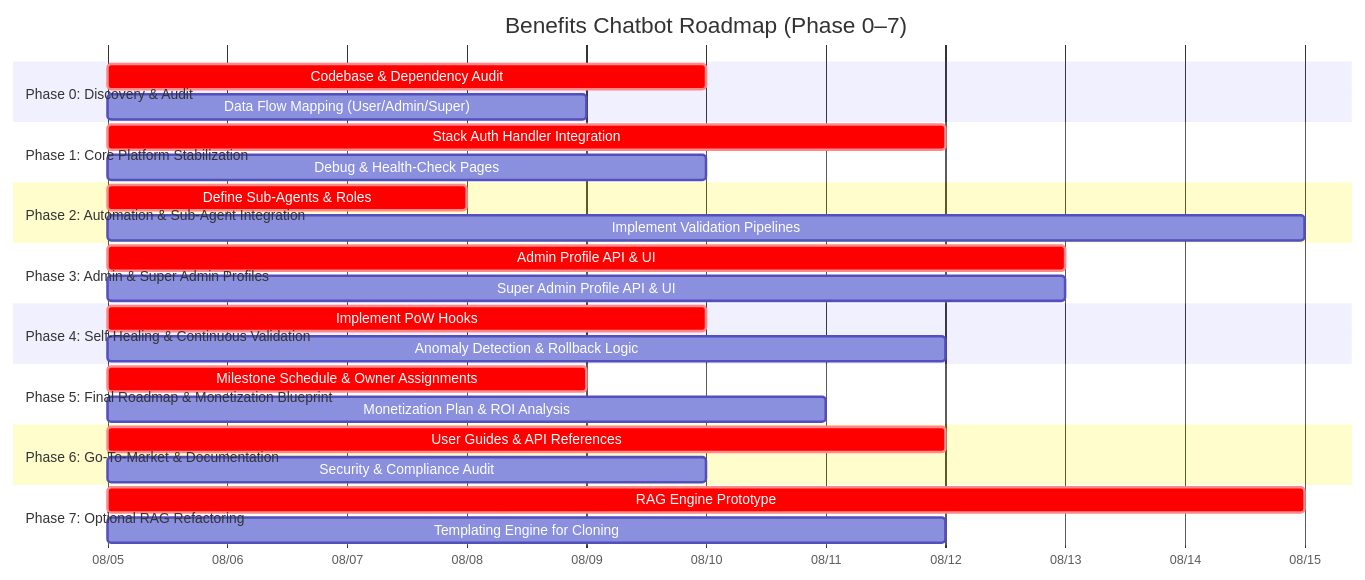
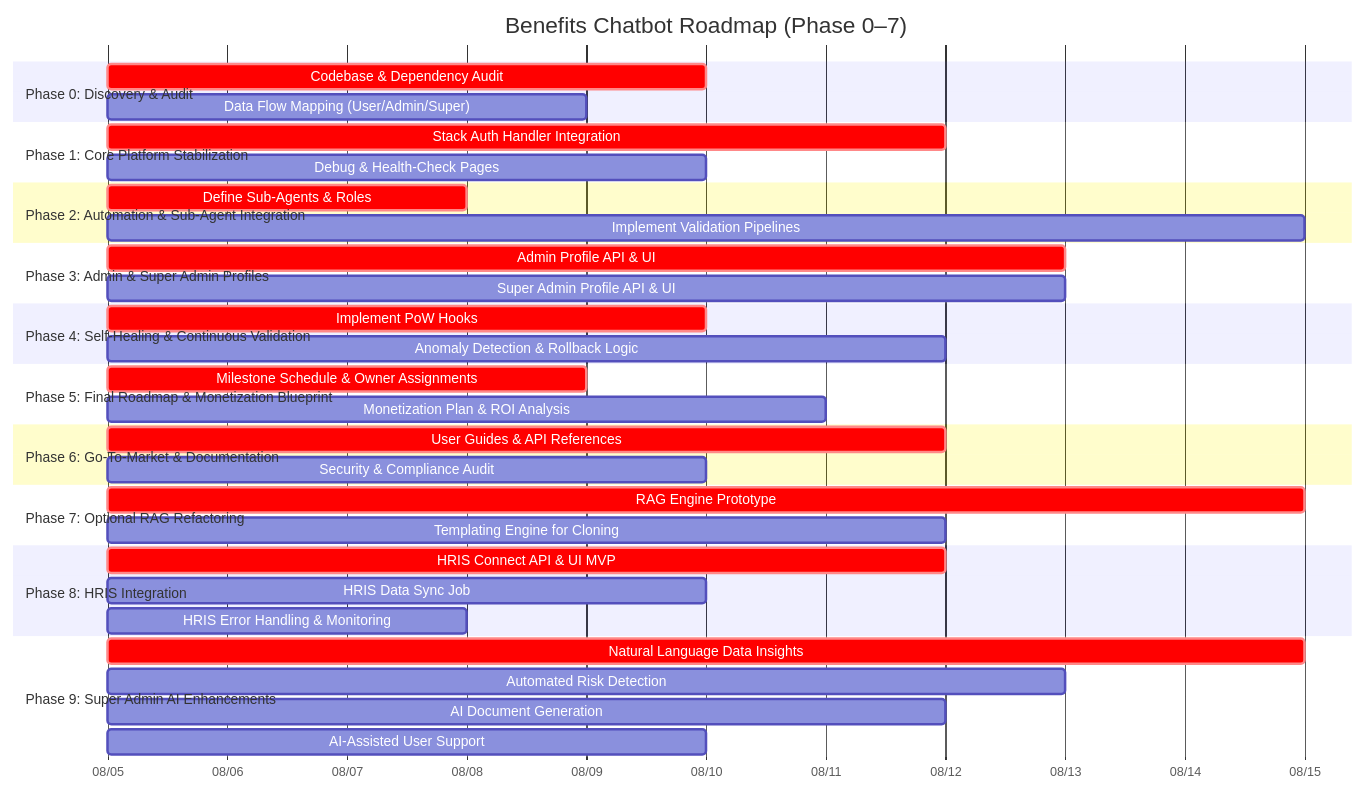
One commit to sonalmogra28/benefitsaichatbot changed the diagram in docs/DEVELOPMENT_ROADMAP_PHASE0-7.md. Above: the diagram before and after it, drawn with Mermaid. The commit also changed 20 other files, not shown here.

First line of the commit message:
feat: add analytics dashboard component with charts and metrics

````diff
--- a/docs/DEVELOPMENT_ROADMAP_PHASE0-7.md
+++ b/docs/DEVELOPMENT_ROADMAP_PHASE0-7.md
@@ -5,38 +5,49 @@
 ```mermaid
 gantt
 title Benefits Chatbot Roadmap (Phase 0–7)
 dateFormat  YYYY-MM-DD
 axisFormat  %m/%d
 
 section Phase 0: Discovery & Audit
 Codebase & Dependency Audit         :crit, p0.1, 2025-08-05, 5d
 Data Flow Mapping (User/Admin/Super) :p0.2, after p0.1, 4d
 
 section Phase 1: Core Platform Stabilization
 Stack Auth Handler Integration       :crit, p1.1, after p0.2, 7d
 Debug & Health-Check Pages           :p1.2, after p1.1, 5d
 
 section Phase 2: Automation & Sub-Agent Integration
 Define Sub-Agents & Roles             :crit, p2.1, after p1.2, 3d
 Implement Validation Pipelines        :p2.2, after p2.1, 10d
 
 section Phase 3: Admin & Super Admin Profiles
 Admin Profile API & UI                :crit, p3.1, after p2.2, 8d
 Super Admin Profile API & UI          :p3.2, after p3.1, 8d
 
 section Phase 4: Self-Healing & Continuous Validation
 Implement PoW Hooks                   :crit, p4.1, after p3.2, 5d
 Anomaly Detection & Rollback Logic    :p4.2, after p4.1, 7d
 
 section Phase 5: Final Roadmap & Monetization Blueprint
 Milestone Schedule & Owner Assignments :crit, p5.1, after p4.2, 4d
 Monetization Plan & ROI Analysis       :p5.2, after p5.1, 6d
 
 section Phase 6: Go-To-Market & Documentation
 User Guides & API References           :crit, p6.1, after p5.2, 7d
 Security & Compliance Audit            :p6.2, after p6.1, 5d
 
 section Phase 7: Optional RAG Refactoring
 RAG Engine Prototype                   :crit, p7.1, after p6.2, 10d
 Templating Engine for Cloning           :p7.2, after p7.1, 7d
+
+section Phase 8: HRIS Integration
+HRIS Connect API & UI MVP          :crit, p8.1, after p7.2, 7d
+HRIS Data Sync Job                 :p8.2, after p8.1, 5d
+HRIS Error Handling & Monitoring   :p8.3, after p8.2, 3d
+
+section Phase 9: Super Admin AI Enhancements
+Natural Language Data Insights     :crit, p9.1, after p8.3, 10d
+Automated Risk Detection           :p9.2, after p9.1, 8d
+AI Document Generation             :p9.3, after p9.2, 7d
+AI-Assisted User Support           :p9.4, after p9.3, 5d
 ``` 
````
